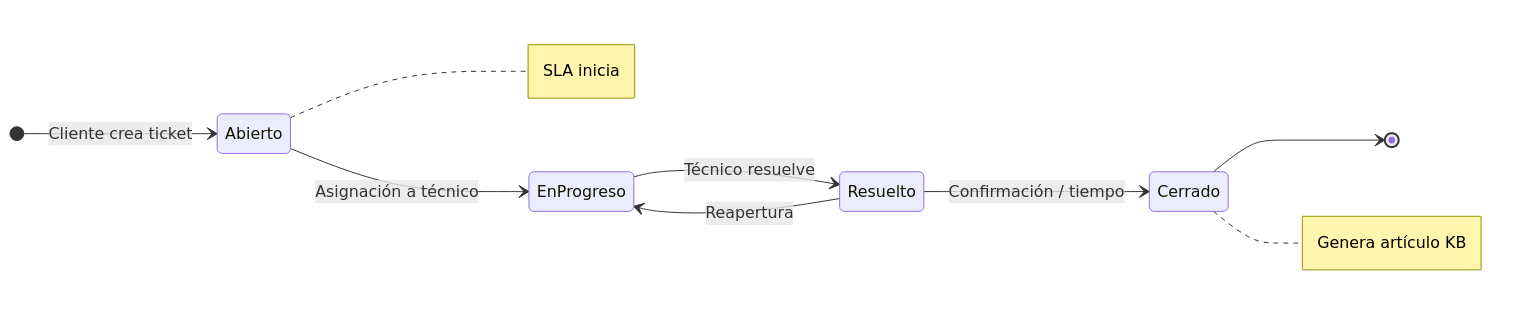
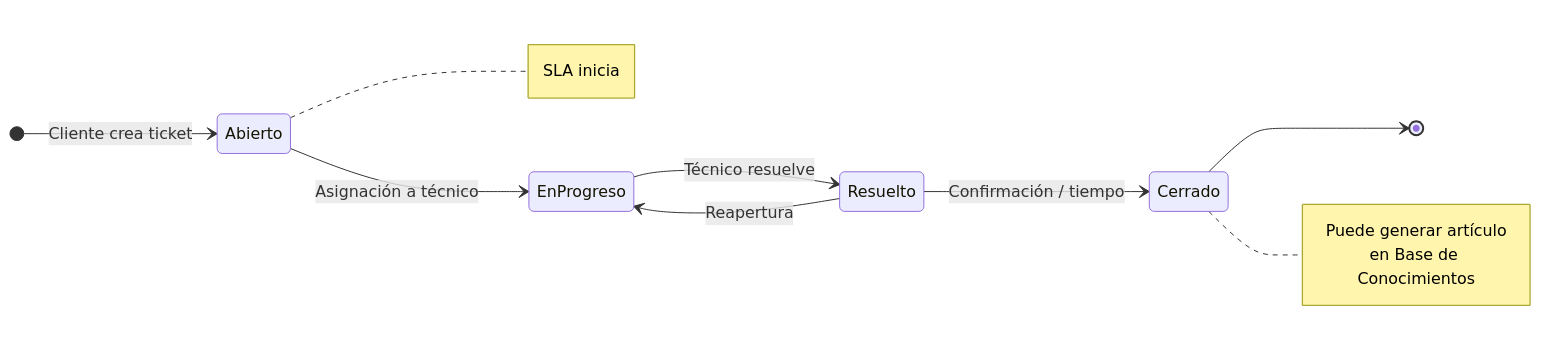
The second of 6 diagrams in docs/ALCANCE_DEL_PROYECTO.md (CosmeSoto/Tickets), drawn with Mermaid before and after one commit. The commit also changed other lines of this file, not shown here.

````diff
--- a/docs/ALCANCE_DEL_PROYECTO.md
+++ b/docs/ALCANCE_DEL_PROYECTO.md
@@ -43,17 +80,18 @@
 ```mermaid
 stateDiagram-v2
     direction LR
     [*] --> Abierto : Cliente crea ticket
     Abierto --> EnProgreso : Asignación a técnico
     EnProgreso --> Resuelto : Técnico resuelve
     Resuelto --> Cerrado : Confirmación / tiempo
     Resuelto --> EnProgreso : Reapertura
     Cerrado --> [*]
 
     note right of Abierto
         SLA inicia
     end note
     note right of Cerrado
-        Genera artículo KB
+        Puede generar artículo
+        en Base de Conocimientos
     end note
 ```
````
